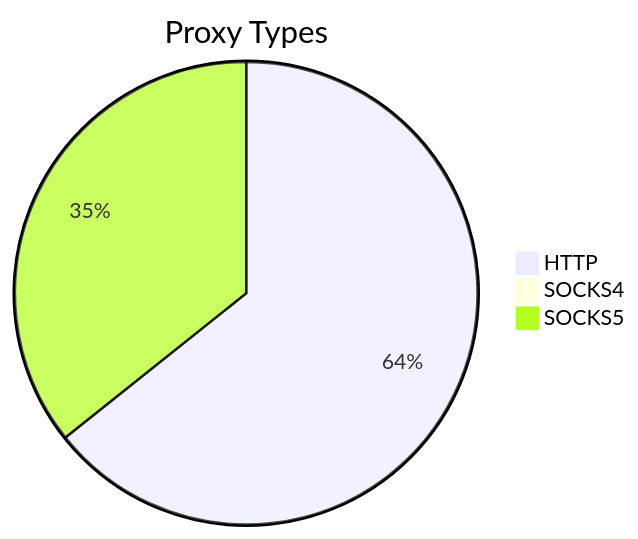
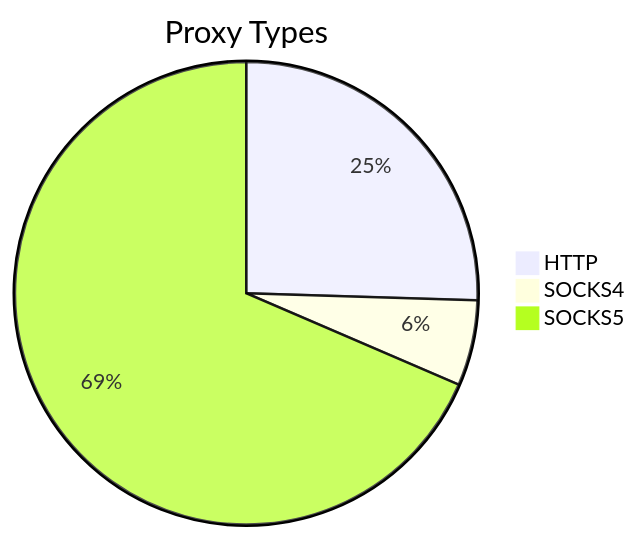
One commit to stormsia/proxy-list changed the first of 2 diagrams in README.md. Above: the diagram before and after it, drawn with Mermaid. The commit also changed other lines of this file, not shown here.

````diff
--- a/README.md
+++ b/README.md
@@ -21,6 +21,6 @@
 ```mermaid
 pie title Proxy Types
-    "HTTP" : 90
-    "SOCKS4" : 1
-    "SOCKS5" : 50
+    "HTTP" : 222
+    "SOCKS4" : 52
+    "SOCKS5" : 597
 ```
````
